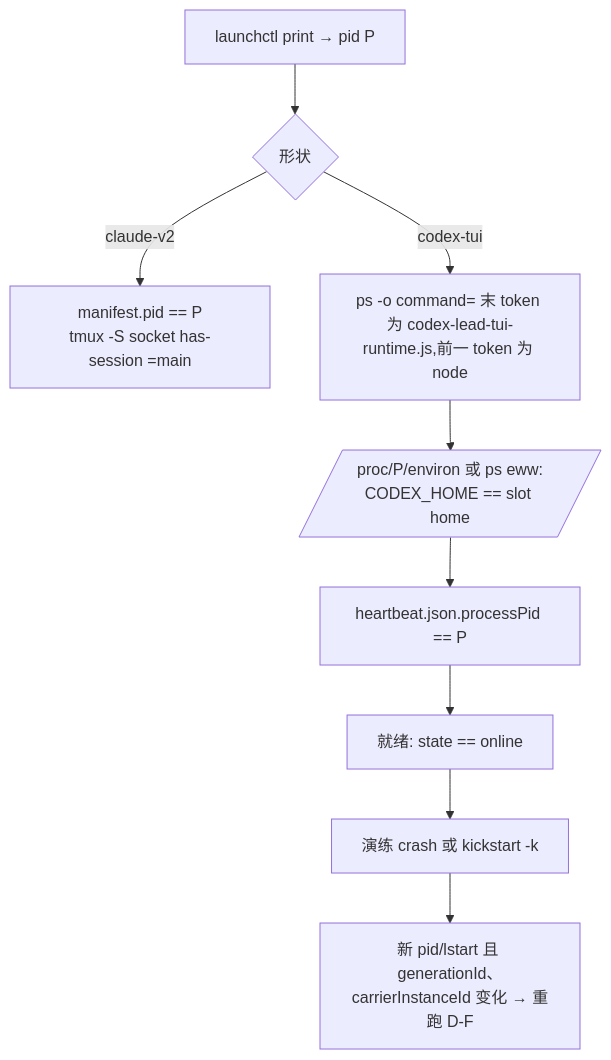
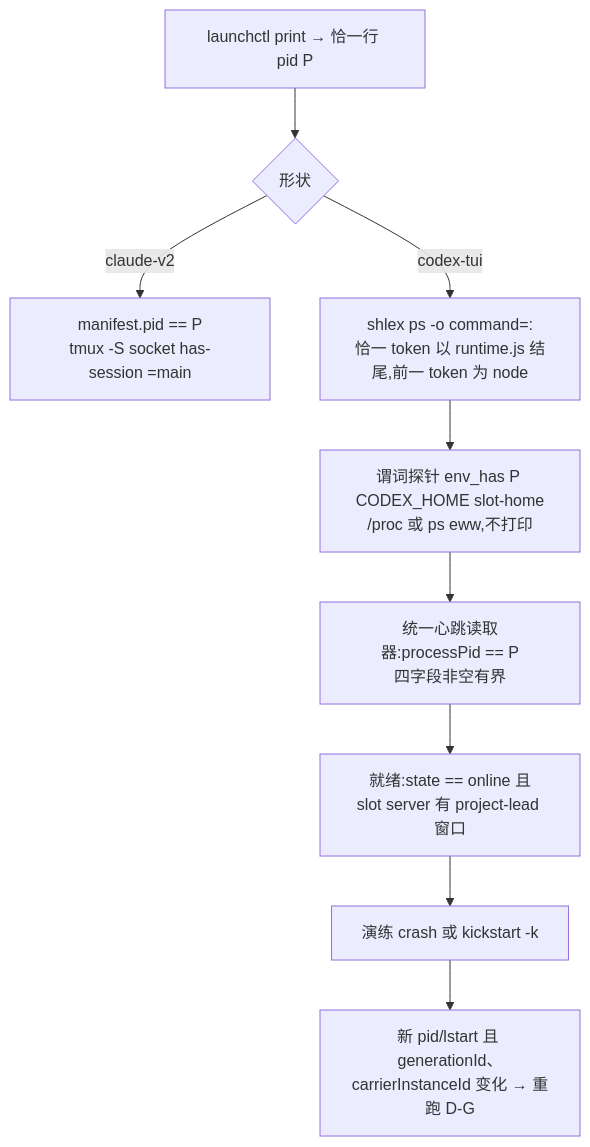
Before and after one commit to xrliAnnie/flywheel-qa-sandbox: the second of 3 diagrams in engineering/doc/FLY-2301-codex-lead-bench/plan.md, drawn with Mermaid. The commit also changed other lines of this file, not shown here.

First line of the commit message:
docs: FLY-2301 plan rev2 — apply Codex R1 design review findings

````diff
--- a/engineering/doc/FLY-2301-codex-lead-bench/plan.md
+++ b/engineering/doc/FLY-2301-codex-lead-bench/plan.md
@@ -59,11 +57,11 @@
 ```mermaid
 flowchart TD
-  A[launchctl print → pid P] --> B{形状}
+  A[launchctl print → 恰一行 pid P] --> B{形状}
   B -->|claude-v2| C[manifest.pid == P<br/>tmux -S socket has-session =main]
-  B -->|codex-tui| D[ps -o command= 末 token 为 codex-lead-tui-runtime.js,前一 token 为 node]
-  D --> E[/proc/P/environ 或 ps eww:<br/>CODEX_HOME == slot home/]
-  E --> F[heartbeat.json.processPid == P]
-  F --> G[就绪: state == online]
+  B -->|codex-tui| D[shlex ps -o command=:<br/>恰一 token 以 runtime.js 结尾,前一 token 为 node]
+  D --> E[谓词探针 env_has P CODEX_HOME slot-home<br/>/proc 或 ps eww,不打印]
+  E --> F[统一心跳读取器:processPid == P<br/>四字段非空有界]
+  F --> G[就绪:state == online 且<br/>slot server 有 project-lead 窗口]
   G --> H[演练 crash 或 kickstart -k]
-  H --> I[新 pid/lstart 且 generationId、carrierInstanceId 变化 → 重跑 D-F]
+  H --> I[新 pid/lstart 且 generationId、carrierInstanceId 变化 → 重跑 D-G]
 ```
````
